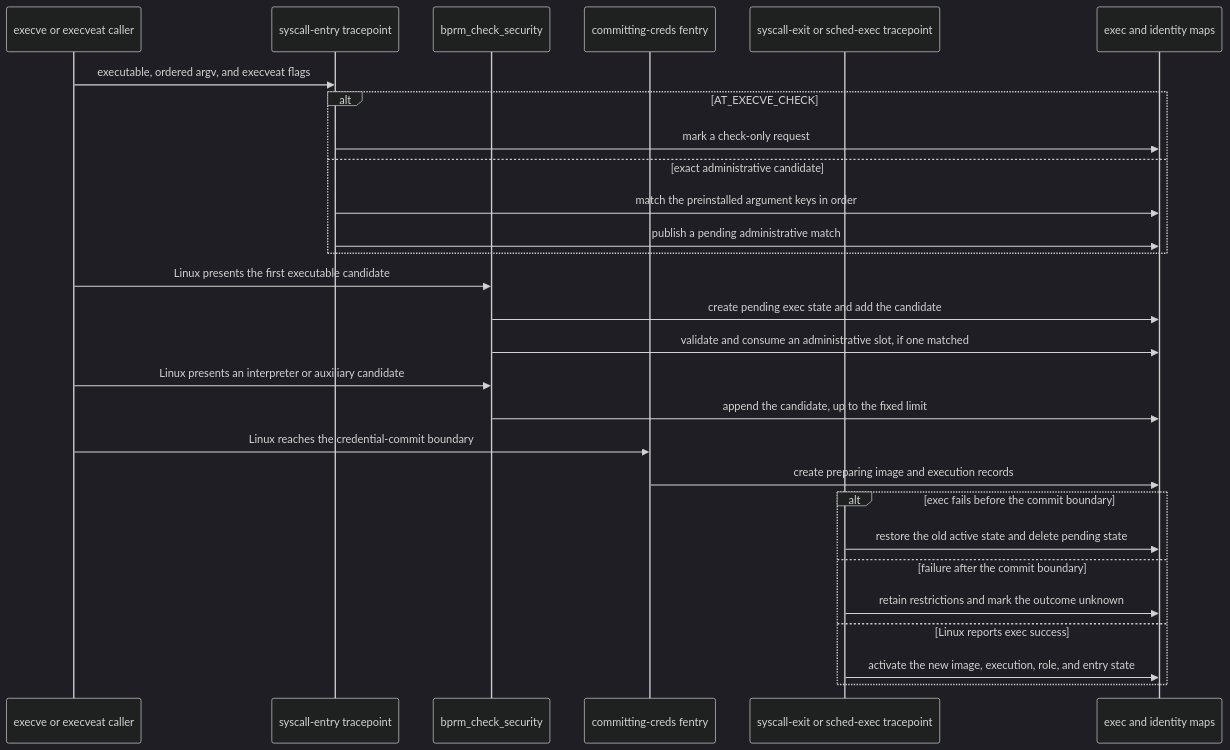
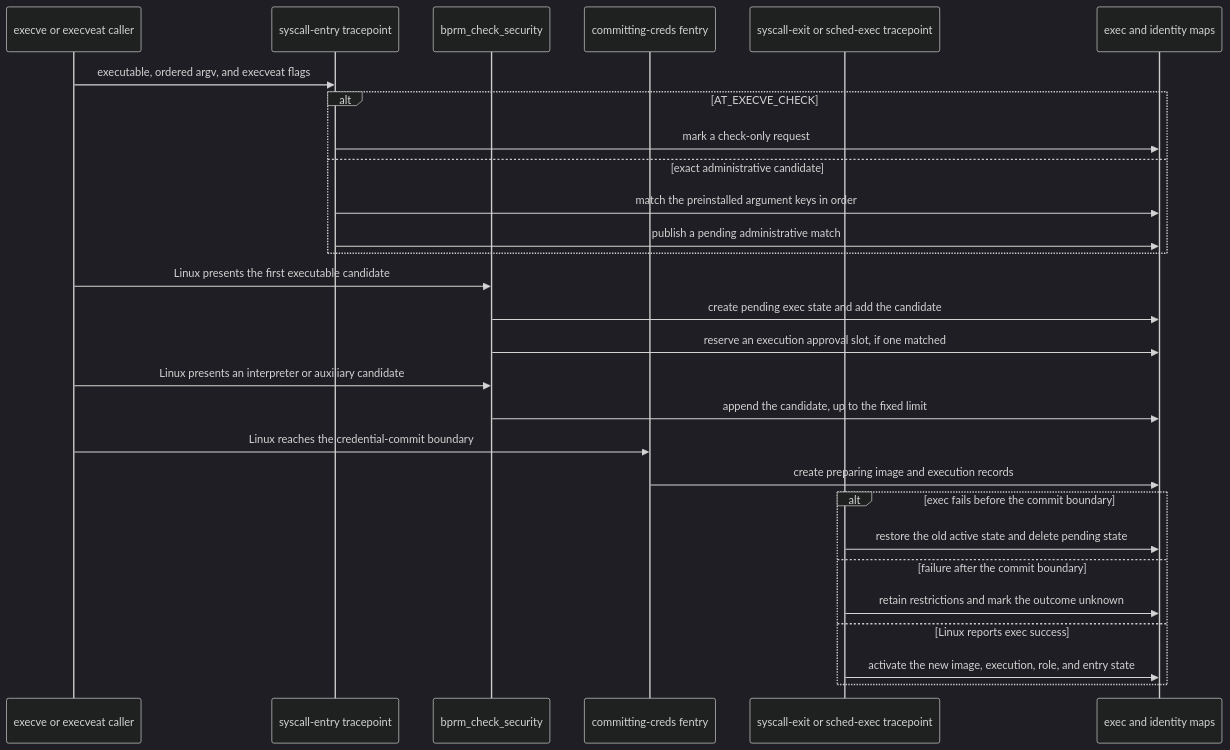
Diagram 32 of 50 in docs/plans/mithril-hugging-face-intrusion-prevention/implemented-phase-review.md (Ereborlabs/erebor-runtime), drawn with Mermaid (dark theme) before and after one commit. The commit also changed other lines of this file and 6 other files, not shown here.

Commit message:
docs(mithril): generalize execution approval slots

````diff
--- a/docs/plans/mithril-hugging-face-intrusion-prevention/implemented-phase-review.md
+++ b/docs/plans/mithril-hugging-face-intrusion-prevention/implemented-phase-review.md
@@ -2405,31 +2405,31 @@
 ```mermaid
 sequenceDiagram
     participant U as execve or execveat caller
     participant S as syscall-entry tracepoint
     participant B as bprm_check_security
     participant C as committing-creds fentry
     participant X as syscall-exit or sched-exec tracepoint
     participant M as exec and identity maps
 
     U->>S: executable, ordered argv, and execveat flags
     alt AT_EXECVE_CHECK
         S->>M: mark a check-only request
     else exact administrative candidate
         S->>M: match the preinstalled argument keys in order
         S->>M: publish a pending administrative match
     end
     U->>B: Linux presents the first executable candidate
     B->>M: create pending exec state and add the candidate
-    B->>M: validate and consume an administrative slot, if one matched
+    B->>M: reserve an execution approval slot, if one matched
     U->>B: Linux presents an interpreter or auxiliary candidate
     B->>M: append the candidate, up to the fixed limit
     U->>C: Linux reaches the credential-commit boundary
     C->>M: create preparing image and execution records
     alt exec fails before the commit boundary
         X->>M: restore the old active state and delete pending state
     else failure after the commit boundary
         X->>M: retain restrictions and mark the outcome unknown
     else Linux reports exec success
         X->>M: activate the new image, execution, role, and entry state
     end
 ```
````
